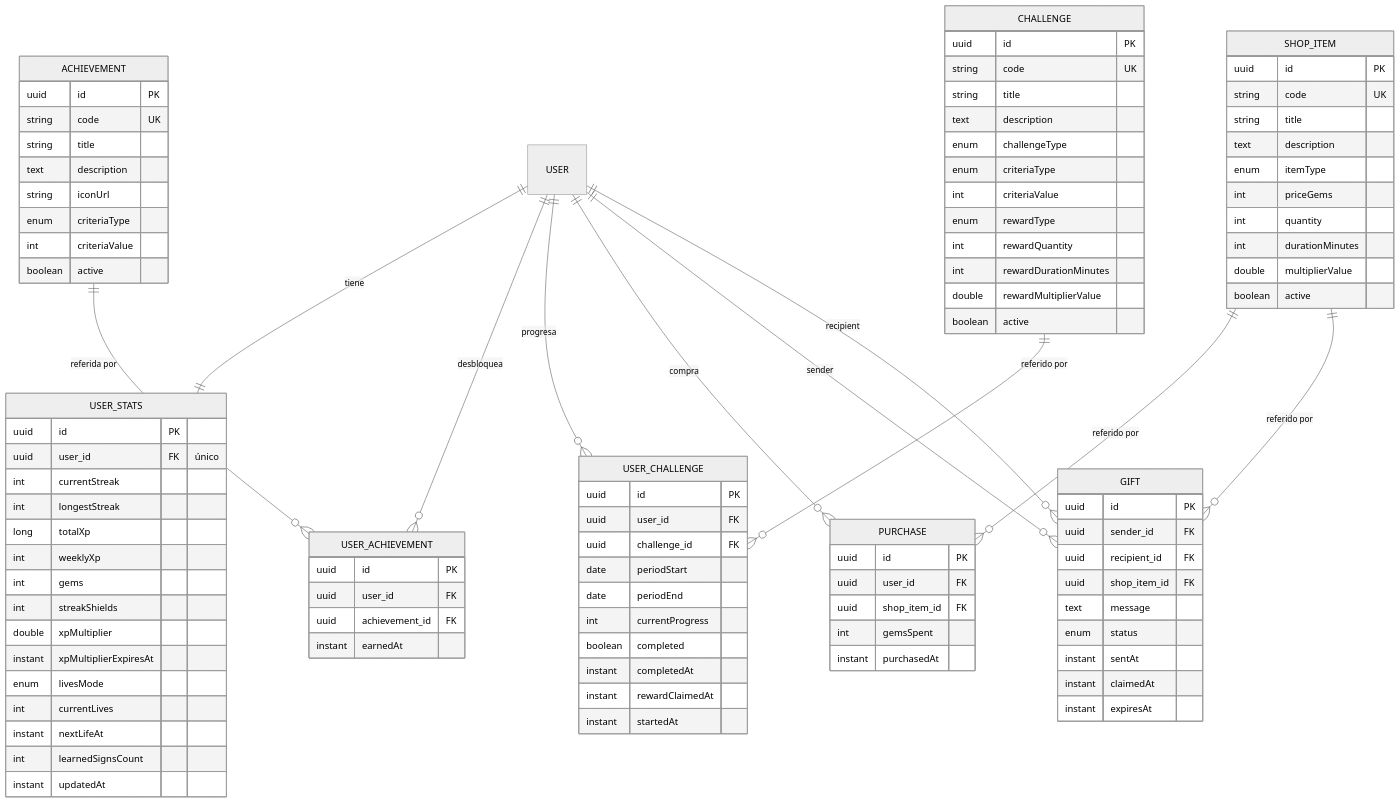
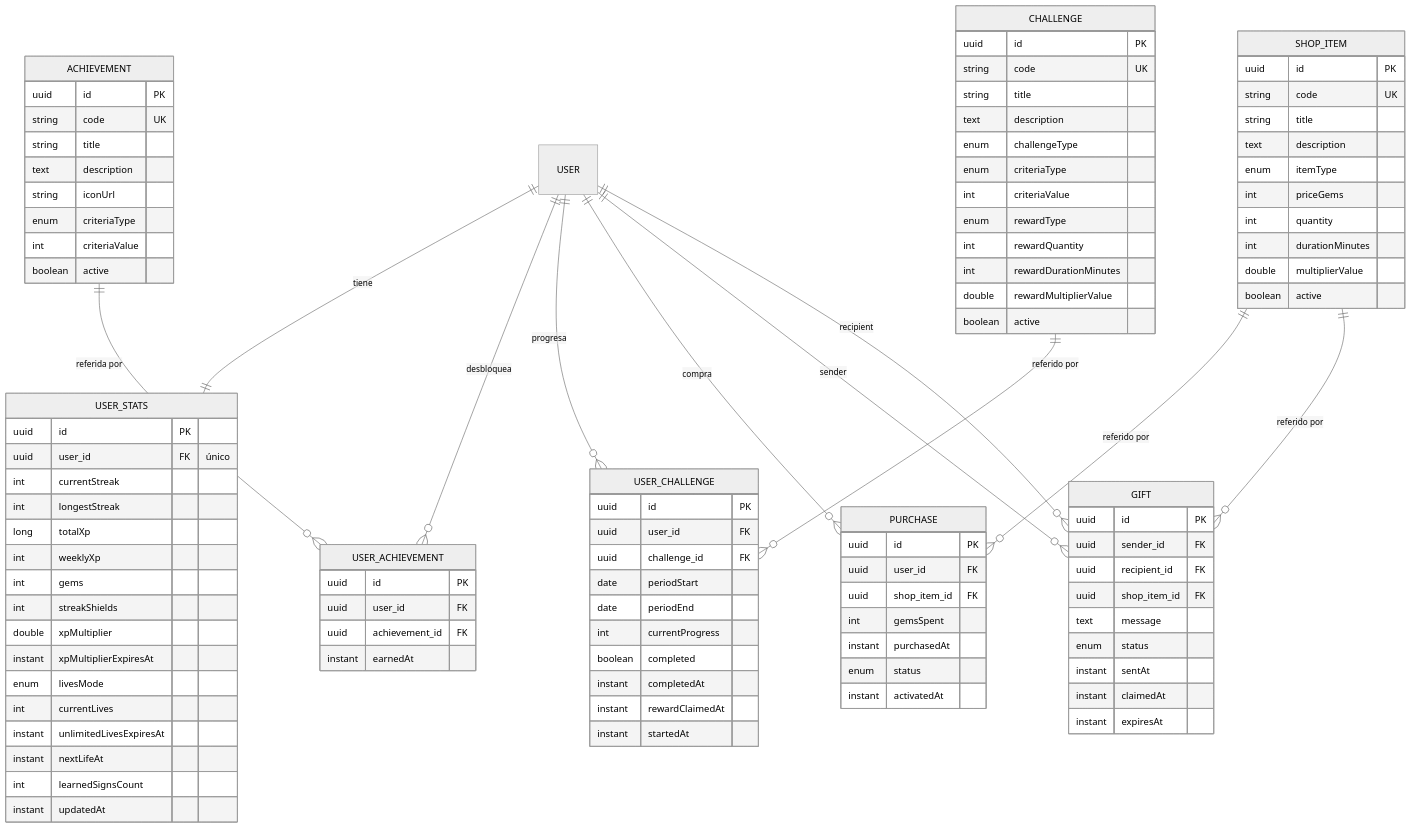
The fifth of 6 diagrams in docs/diagrams/er.md (signasource/signa-api), drawn with Mermaid (neutral theme) before and after one commit. The commit also changed other lines of this file and 38 other files, not shown here.

```diff
--- a/docs/diagrams/er.md
+++ b/docs/diagrams/er.md
@@ -249,6 +252,7 @@
         instant xpMultiplierExpiresAt
         enum livesMode
         int currentLives
+        instant unlimitedLivesExpiresAt
         instant nextLifeAt
         int learnedSignsCount
         instant updatedAt
@@ -313,6 +317,8 @@
         uuid shop_item_id FK
         int gemsSpent
         instant purchasedAt
+        enum status
+        instant activatedAt
     }
     GIFT {
         uuid id PK
```
